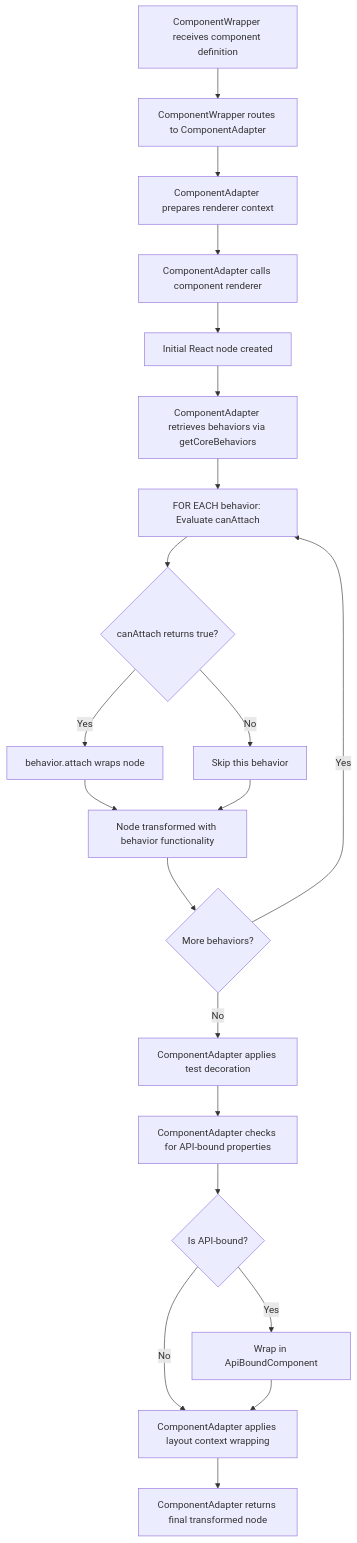
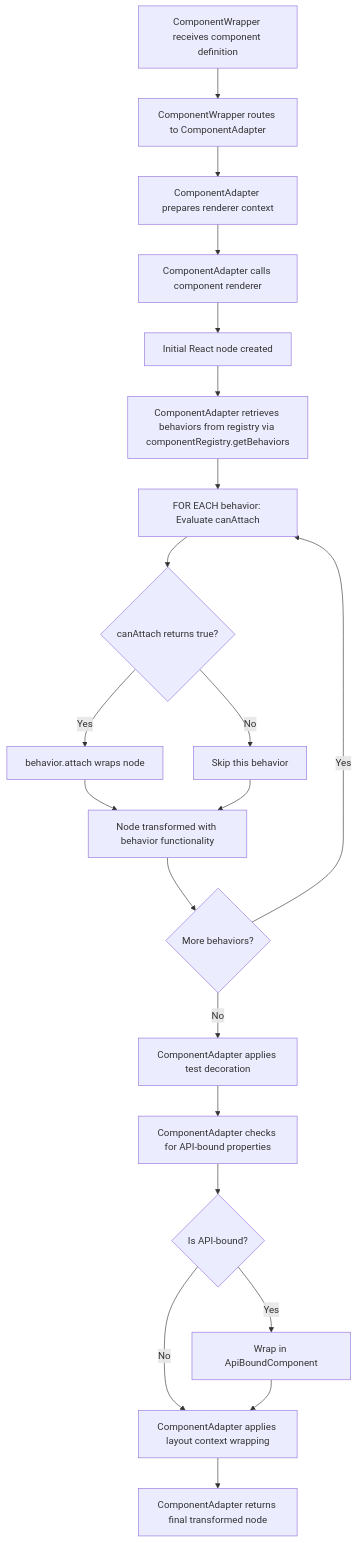
The first of 2 diagrams in xmlui/dev-docs/component-behaviors.md (xmlui-org/xmlui), drawn with Mermaid before and after one commit. The commit also changed other lines of this file and 2 other files, not shown here.

Commit message:
The behavior infrastructure now uses ComponentProvider and allows adding custom behaviors

````diff
--- a/xmlui/dev-docs/component-behaviors.md
+++ b/xmlui/dev-docs/component-behaviors.md
@@ -451,23 +560,23 @@
 ```mermaid
 graph TD
     A[ComponentWrapper receives component definition] --> B[ComponentWrapper routes to ComponentAdapter]
     B --> C[ComponentAdapter prepares renderer context]
     C --> D[ComponentAdapter calls component renderer]
     D --> E[Initial React node created]
-    E --> F[ComponentAdapter retrieves behaviors via getCoreBehaviors]
+    E --> F[ComponentAdapter retrieves behaviors from registry via componentRegistry.getBehaviors]
     F --> G[FOR EACH behavior: Evaluate canAttach]
     G --> H{canAttach returns true?}
     H -->|Yes| I[behavior.attach wraps node]
     H -->|No| J[Skip this behavior]
     I --> K[Node transformed with behavior functionality]
     J --> K
     K --> L{More behaviors?}
     L -->|Yes| G
     L -->|No| M[ComponentAdapter applies test decoration]
     M --> N[ComponentAdapter checks for API-bound properties]
     N --> O{Is API-bound?}
     O -->|Yes| P[Wrap in ApiBoundComponent]
     O -->|No| Q[ComponentAdapter applies layout context wrapping]
     P --> Q
     Q --> R[ComponentAdapter returns final transformed node]
 ```
````
